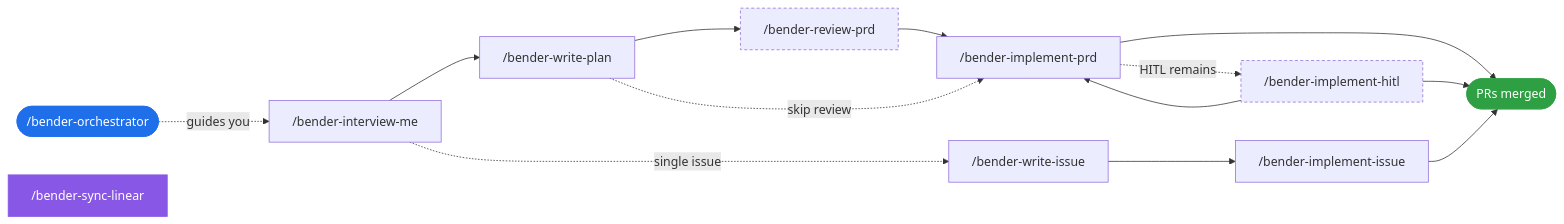
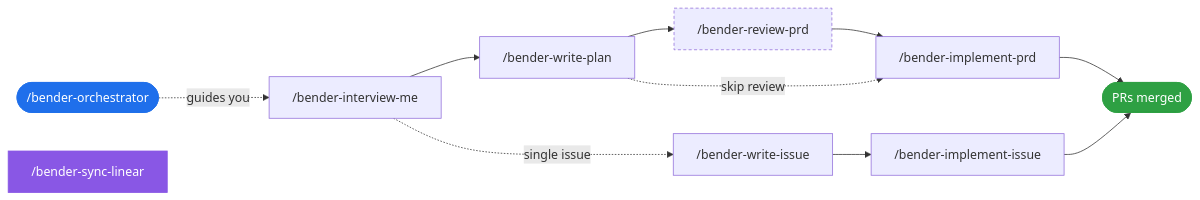
One commit to jasonraimondi/plan-bender changed the diagram in README.md. Above: the diagram before and after it, drawn with Mermaid. The commit also changed other lines of this file and 52 other files, not shown here.

````diff
--- a/README.md
+++ b/README.md
@@ -141,32 +140,28 @@
 ```mermaid
 flowchart LR
     O(["/bender-orchestrator"]):::entry
     I["/bender-interview-me"]
     P["/bender-write-plan"]
     R["/bender-review-prd"]:::optional
     M["/bender-implement-prd"]
-    H["/bender-implement-hitl"]:::optional
     WI["/bender-write-issue"]
     II["/bender-implement-issue"]
     L["/bender-sync-linear"]:::side
     Done(["PRs merged"]):::done
 
     O -.guides you.-> I
     I --> P
     P --> R
     R --> M
     P -.skip review.-> M
     M --> Done
-    M -.HITL remains.-> H
-    H --> M
-    H --> Done
 
     I -.single issue.-> WI
     WI --> II
     II --> Done
 
     classDef entry fill:#1f6feb,stroke:#1f6feb,color:#fff
     classDef optional stroke-dasharray: 4 3
     classDef side fill:#8957e5,stroke:#8957e5,color:#fff
     classDef done fill:#2ea043,stroke:#2ea043,color:#fff
 ```
````
